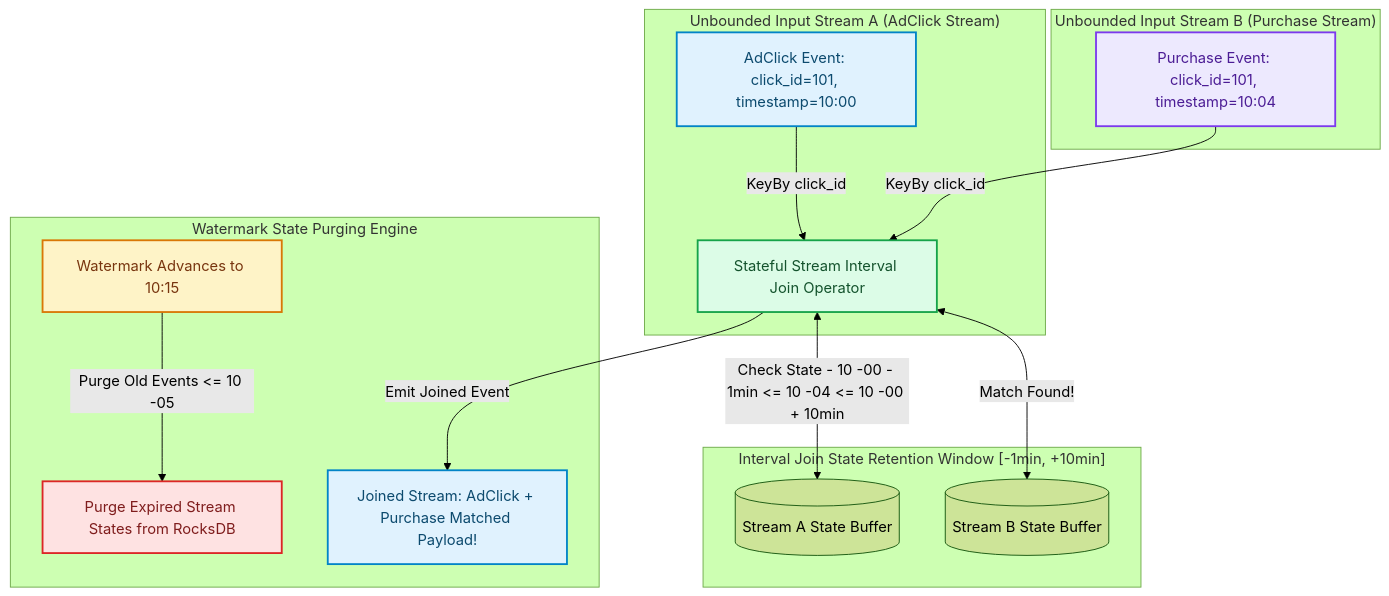
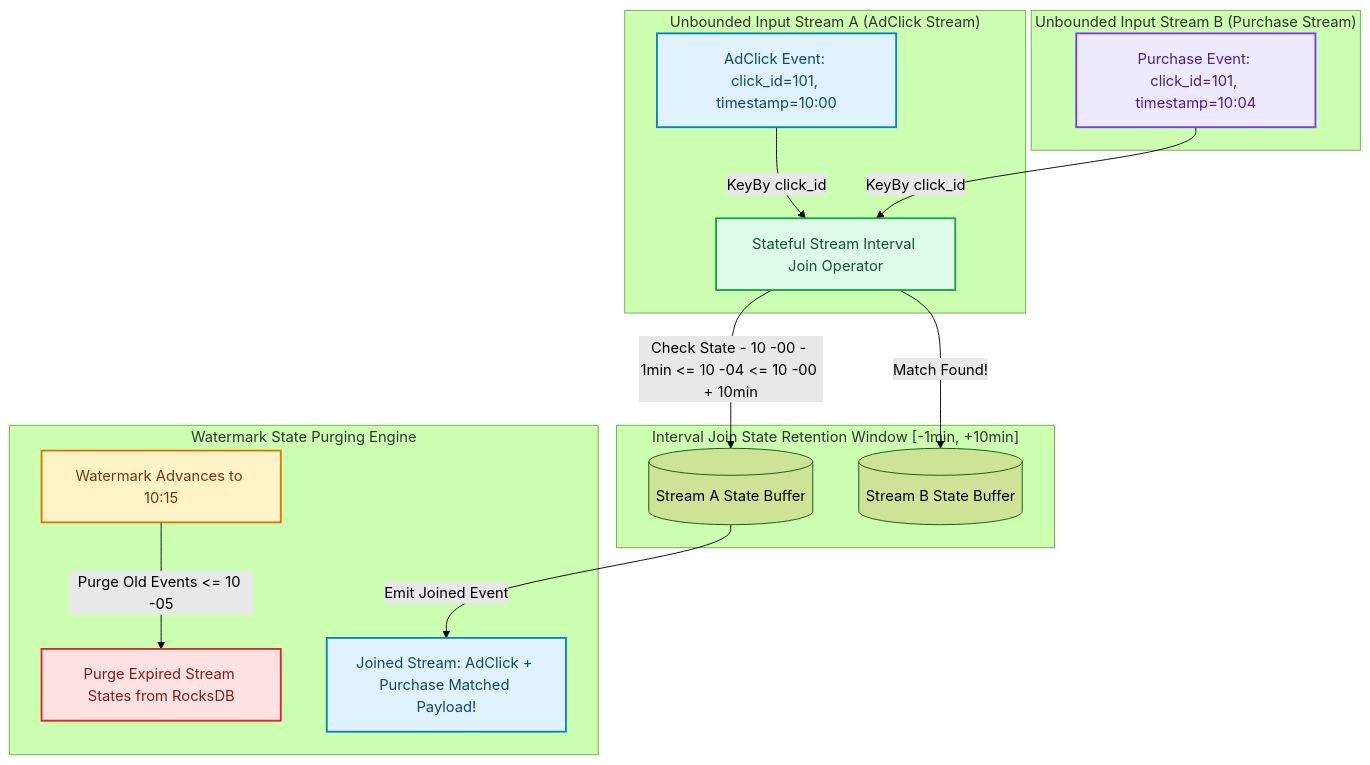
The diagram in blog/posts/event-driven-stream-joins-interval-joins-watermarks.md (akmalkhaniub/akmalkhaniub.github.io), drawn with Mermaid (forest theme) before and after one commit. The commit also changed other lines of this file and 894 other files, not shown here.

Commit message:
feat(blog): upgrade all 444 posts with unique staggered dates, 2-col Mermaid spines, benchmark tables, code blocks, and trade-offs

````diff
--- a/blog/posts/event-driven-stream-joins-interval-joins-watermarks.md
+++ b/blog/posts/event-driven-stream-joins-interval-joins-watermarks.md
@@ -21,31 +21,31 @@
 ```mermaid
 flowchart TD
   subgraph SG1_UnboundedInputStream ["Unbounded Input Stream A (AdClick Stream)"]
     ClickStream["AdClick Event: click_id=101, timestamp=10:00"] -->|KeyBy click_id| JoinOp["Stateful Stream Interval Join Operator"]
   end
   
   subgraph SG2_UnboundedInputStream ["Unbounded Input Stream B (Purchase Stream)"]
     PurchaseStream["Purchase Event: click_id=101, timestamp=10:04"] -->|KeyBy click_id| JoinOp
   end
   
   subgraph SG3_IntervalJoinState ["Interval Join State Retention Window [-1min, +10min]"]
-    JoinOp <-->|Check State - 10 -00 - 1min <= 10 -04 <= 10 -00 + 10min| StateA[(Stream A State Buffer)]
-    JoinOp <-->|Match Found!| StateB[(Stream B State Buffer)]
+    JoinOp -->|Check State - 10 -00 - 1min <= 10 -04 <= 10 -00 + 10min| StateA[(Stream A State Buffer)]
+    JoinOp -->|Match Found!| StateB[(Stream B State Buffer)]
   end
   
   subgraph SG4_WatermarkStatePurging ["Watermark State Purging Engine"]
     Watermark["Watermark Advances to 10:15"] -->|Purge Old Events <= 10 -05| EvictState[" Purge Expired Stream States from RocksDB"]
-    JoinOp -->|Emit Joined Event| Output["Joined Stream: AdClick + Purchase Matched Payload!"]
+    StateA --> |Emit Joined Event| Output["Joined Stream: AdClick + Purchase Matched Payload!"]
   end
 
 classDef green fill:#dcfce7,stroke:#16a34a,stroke-width:2px,color:#14532d;
 classDef red fill:#fee2e2,stroke:#dc2626,stroke-width:2px,color:#7f1d1d;
 classDef blue fill:#e0f2fe,stroke:#0284c7,stroke-width:2px,color:#0c4a6e;
 classDef yellow fill:#fef3c7,stroke:#d97706,stroke-width:2px,color:#78350f;
 classDef purple fill:#ede9fe,stroke:#7c3aed,stroke-width:2px,color:#4c1d95;
 class ClickStream,Output blue
 class JoinOp green
 class PurchaseStream purple
 class Watermark yellow
 class EvictState red
 ```
````
